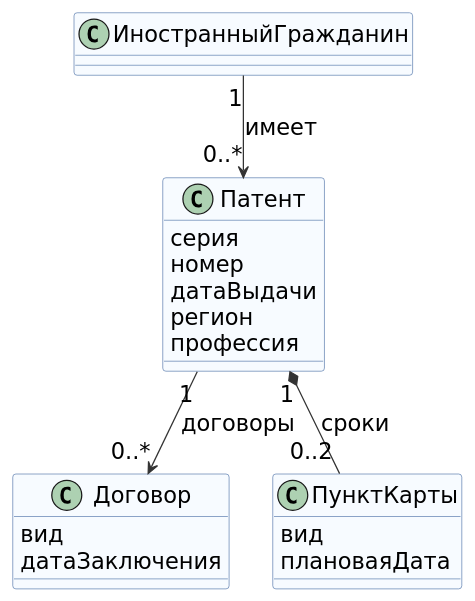
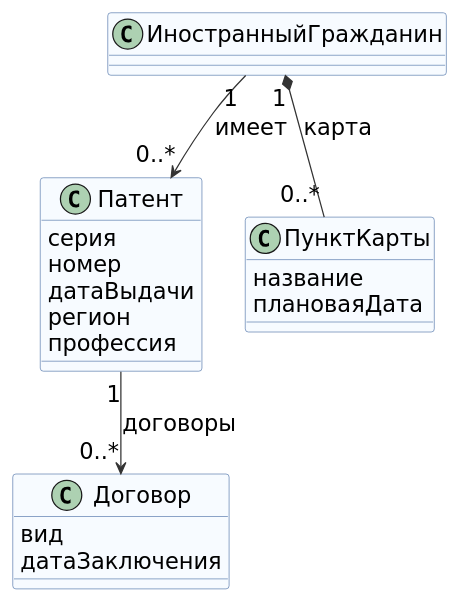
Before and after one commit to mflkee/study: the diagram in tsu/5sem/Функциональное моделирование систем/документы/src/class-diagram.puml, drawn with PlantUML. The commit also changed 12 other files, not shown here.

Commit message:
лаб. 2-3: карта принадлежит гражданину, пункт карты без бизнес-логики, спецификация диаграмм

```diff
--- a/tsu/5sem/Функциональное моделирование систем/документы/src/class-diagram.puml
+++ b/tsu/5sem/Функциональное моделирование систем/документы/src/class-diagram.puml
@@ -1,36 +1,36 @@
 @startuml class-diagram
 ' Лаб. 2: модель предметной области. Четыре класса, только то, что нужно сценариям лабы 1.
 skinparam shadowing false
 skinparam defaultFontName "DejaVu Sans"
 skinparam defaultFontSize 18
 skinparam classAttributeIconSize 0
 skinparam class {
   BackgroundColor #F7FBFF
   BorderColor #4A6FA5
 }
 skinparam ArrowColor #333333
 
 class ИностранныйГражданин
 
 class Патент {
   серия
   номер
   датаВыдачи
   регион
   профессия
 }
 
 class Договор {
   вид
   датаЗаключения
 }
 
 class ПунктКарты {
-  вид
+  название
   плановаяДата
 }
 
 ИностранныйГражданин "1" --> "0..*" Патент : имеет
 Патент "1" --> "0..*" Договор : договоры
-Патент "1" *-- "0..2" ПунктКарты : сроки
+ИностранныйГражданин "1" *-- "0..*" ПунктКарты : карта
 @enduml
```
